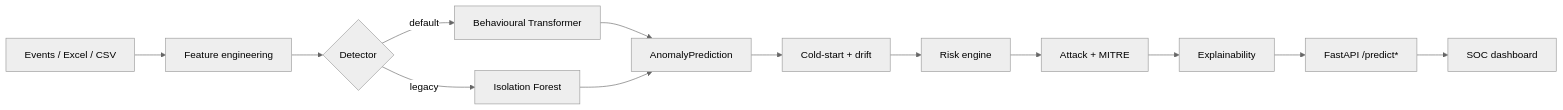
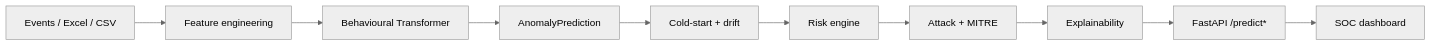
One commit to eshitaguptaa/SentinelAI-Behavioral-Threat-Detection changed the diagram in README.md. Above: the diagram before and after it, drawn with Mermaid (neutral theme). The commit also changed other lines of this file and 31 other files, not shown here.

````diff
--- a/README.md
+++ b/README.md
@@ -51,15 +51,12 @@
 ```mermaid
 flowchart LR
   A[Events / Excel / CSV] --> B[Feature engineering]
-  B --> C{Detector}
-  C -->|default| D[Behavioural Transformer]
-  C -->|legacy| E[Isolation Forest]
-  D --> F[AnomalyPrediction]
-  E --> F
+  B --> C[Behavioural Transformer]
+  C --> F[AnomalyPrediction]
   F --> CS[Cold-start + drift]
   CS --> G[Risk engine]
   G --> H[Attack + MITRE]
   H --> I[Explainability]
   I --> J[FastAPI /predict*]
   J --> K[SOC dashboard]
 ```
````
